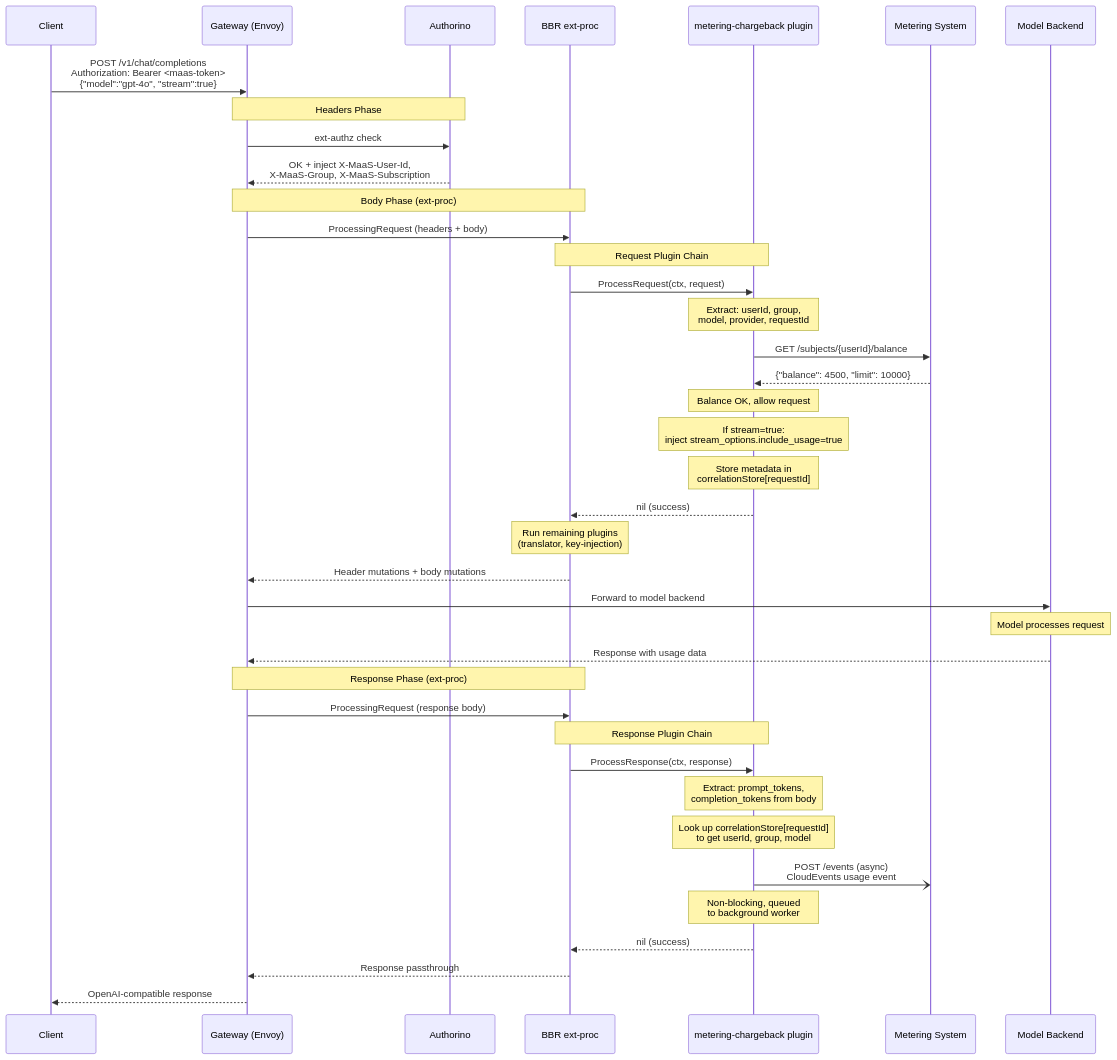
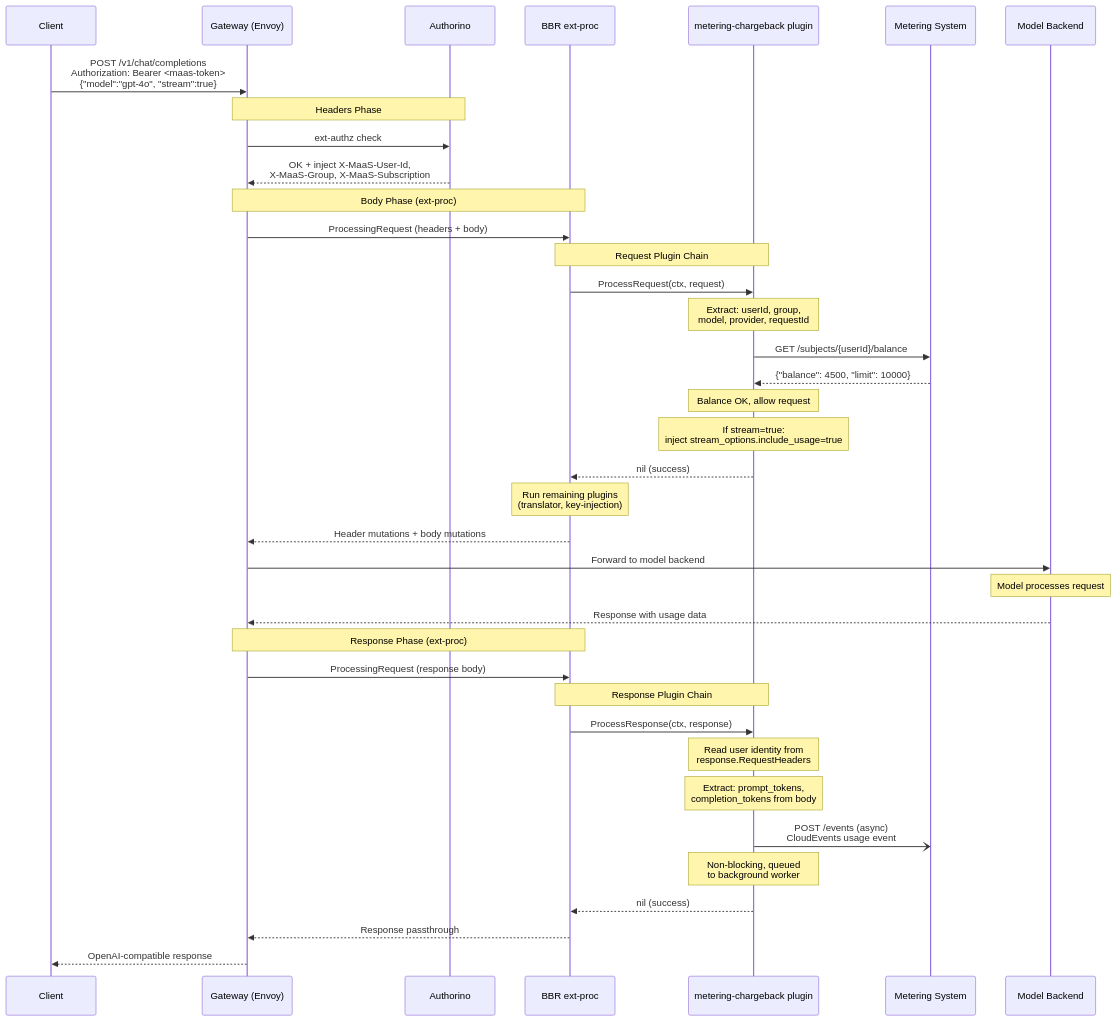
Before and after one commit to noyitz/maas-designs: the second of 7 diagrams in metering-chargeback-plugin/design.md, drawn with Mermaid. The commit also changed other lines of this file, not shown here.

First line of the commit message:
refactor: simplify metering design - assume framework correlation support

````diff
--- a/metering-chargeback-plugin/design.md
+++ b/metering-chargeback-plugin/design.md
@@ -72,55 +72,54 @@
 ```mermaid
 sequenceDiagram
     participant C as Client
     participant G as Gateway (Envoy)
     participant A as Authorino
     participant BBR as BBR ext-proc
     participant MP as metering-chargeback plugin
     participant MS as Metering System
     participant M as Model Backend
 
     C->>G: POST /v1/chat/completions<br/>Authorization: Bearer <maas-token><br/>{"model":"gpt-4o", "stream":true}
 
     Note over G,A: Headers Phase
     G->>A: ext-authz check
     A-->>G: OK + inject X-MaaS-User-Id,<br/>X-MaaS-Group, X-MaaS-Subscription
 
     Note over G,BBR: Body Phase (ext-proc)
     G->>BBR: ProcessingRequest (headers + body)
 
     Note over BBR,MP: Request Plugin Chain
     BBR->>MP: ProcessRequest(ctx, request)
     Note over MP: Extract: userId, group,<br/>model, provider, requestId
 
     MP->>MS: GET /subjects/{userId}/balance
     MS-->>MP: {"balance": 4500, "limit": 10000}
     Note over MP: Balance OK, allow request
 
     Note over MP: If stream=true:<br/>inject stream_options.include_usage=true
-    Note over MP: Store metadata in<br/>correlationStore[requestId]
 
     MP-->>BBR: nil (success)
     Note over BBR: Run remaining plugins<br/>(translator, key-injection)
 
     BBR-->>G: Header mutations + body mutations
     G->>M: Forward to model backend
 
     Note over M: Model processes request
 
     M-->>G: Response with usage data
 
     Note over G,BBR: Response Phase (ext-proc)
     G->>BBR: ProcessingRequest (response body)
 
     Note over BBR,MP: Response Plugin Chain
     BBR->>MP: ProcessResponse(ctx, response)
+    Note over MP: Read user identity from<br/>response.RequestHeaders
     Note over MP: Extract: prompt_tokens,<br/>completion_tokens from body
-    Note over MP: Look up correlationStore[requestId]<br/>to get userId, group, model
 
     MP-)MS: POST /events (async)<br/>CloudEvents usage event
     Note over MP: Non-blocking, queued<br/>to background worker
 
     MP-->>BBR: nil (success)
     BBR-->>G: Response passthrough
     G-->>C: OpenAI-compatible response
 ```
````
